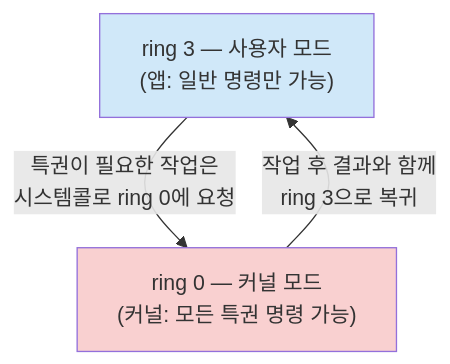
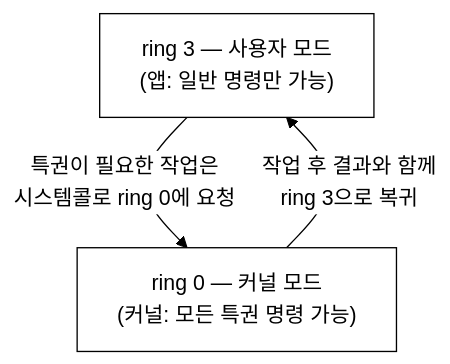
One commit to iamywl/ebpf-lab changed the second of 4 diagrams in docs/lecture/02주차_리눅스_커널과_사용자공간_시스템콜.md. Above: the diagram before and after it, drawn with Mermaid. The commit also changed other lines of this file and 33 other files, not shown here.

First line of the commit message:
강의자료: 다이어그램 흑백(논문 스타일) 통일 + 실제 실행 스크린샷 삽입

````diff
--- a/docs/lecture/02주차_리눅스_커널과_사용자공간_시스템콜.md
+++ b/docs/lecture/02주차_리눅스_커널과_사용자공간_시스템콜.md
@@ -55,9 +56,10 @@
 ```mermaid
+%%{init: {"theme":"base","themeVariables":{"background":"#ffffff","primaryColor":"#ffffff","primaryBorderColor":"#000000","primaryTextColor":"#000000","secondaryColor":"#ffffff","secondaryBorderColor":"#000000","secondaryTextColor":"#000000","tertiaryColor":"#ffffff","tertiaryBorderColor":"#000000","tertiaryTextColor":"#000000","lineColor":"#000000","textColor":"#000000","mainBkg":"#ffffff","secondBkg":"#ffffff","clusterBkg":"#ffffff","clusterBorder":"#000000","edgeLabelBackground":"#ffffff","nodeBorder":"#000000","defaultLinkColor":"#000000","titleColor":"#000000","actorBkg":"#ffffff","actorBorder":"#000000","actorTextColor":"#000000","actorLineColor":"#000000","signalColor":"#000000","signalTextColor":"#000000","labelBoxBkgColor":"#ffffff","labelBoxBorderColor":"#000000","labelTextColor":"#000000","loopTextColor":"#000000","noteBkgColor":"#ffffff","noteBorderColor":"#000000","noteTextColor":"#000000","activationBkgColor":"#ffffff","activationBorderColor":"#000000","sequenceNumberColor":"#000000","cScale0":"#ffffff","cScale1":"#ffffff","cScale2":"#ffffff","cScale3":"#ffffff","cScale4":"#ffffff","cScale5":"#ffffff","cScale6":"#ffffff","cScale7":"#ffffff","cScale8":"#ffffff","cScale9":"#ffffff","cScale10":"#ffffff","cScale11":"#ffffff","cScaleLabel0":"#000000","cScaleLabel1":"#000000","cScaleLabel2":"#000000","cScaleLabel3":"#000000","cScaleLabel4":"#000000","cScaleLabel5":"#000000","cScaleLabel6":"#000000","cScaleLabel7":"#000000","cScaleLabel8":"#000000","cScaleLabel9":"#000000","cScaleLabel10":"#000000","cScaleLabel11":"#000000","pie1":"#ffffff","pie2":"#eeeeee","pie3":"#dddddd","pie4":"#cccccc","fontFamily":"Georgia, serif"}}}%%
 flowchart TB
     R3["ring 3 — 사용자 모드\n(앱: 일반 명령만 가능)"]
     R0["ring 0 — 커널 모드\n(커널: 모든 특권 명령 가능)"]
     R3 -->|"특권이 필요한 작업은\n시스템콜로 ring 0에 요청"| R0
     R0 -->|"작업 후 결과와 함께\nring 3으로 복귀"| R3
-    style R0 fill:#f9d0d0
-    style R3 fill:#d0e8f9
+    style R0 fill:#ffffff
+    style R3 fill:#ffffff
 ```
````
